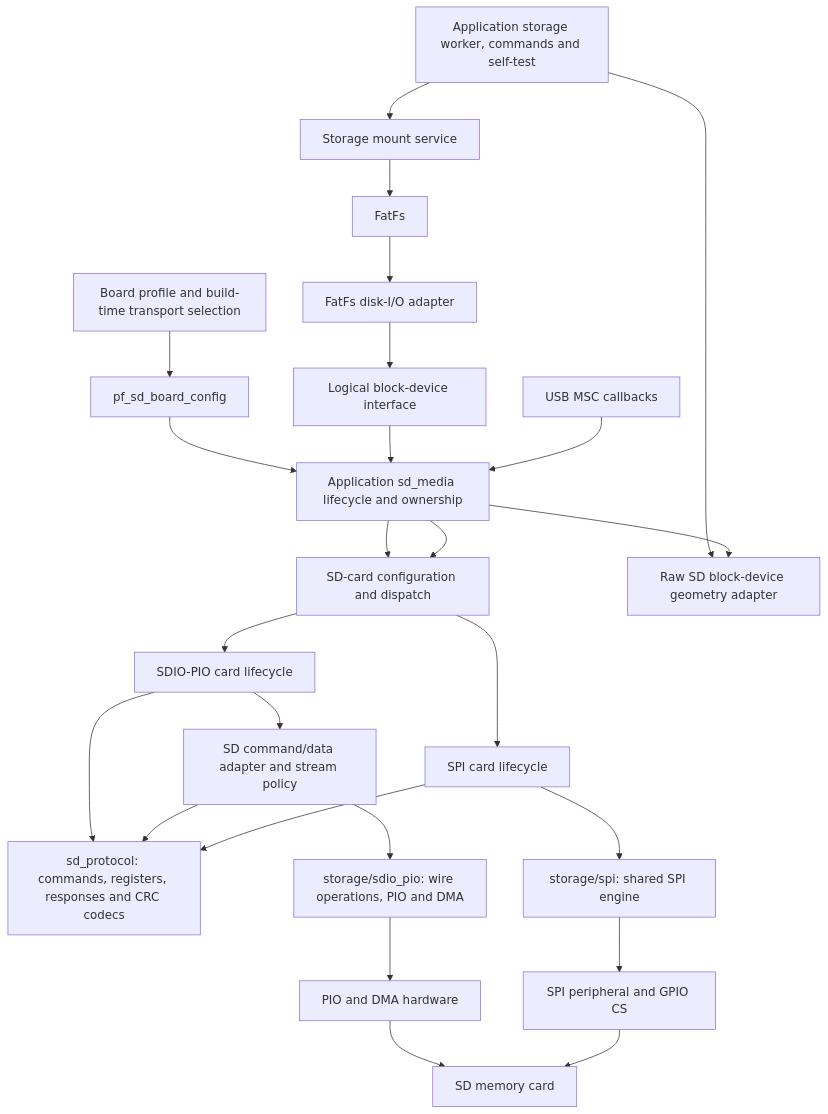
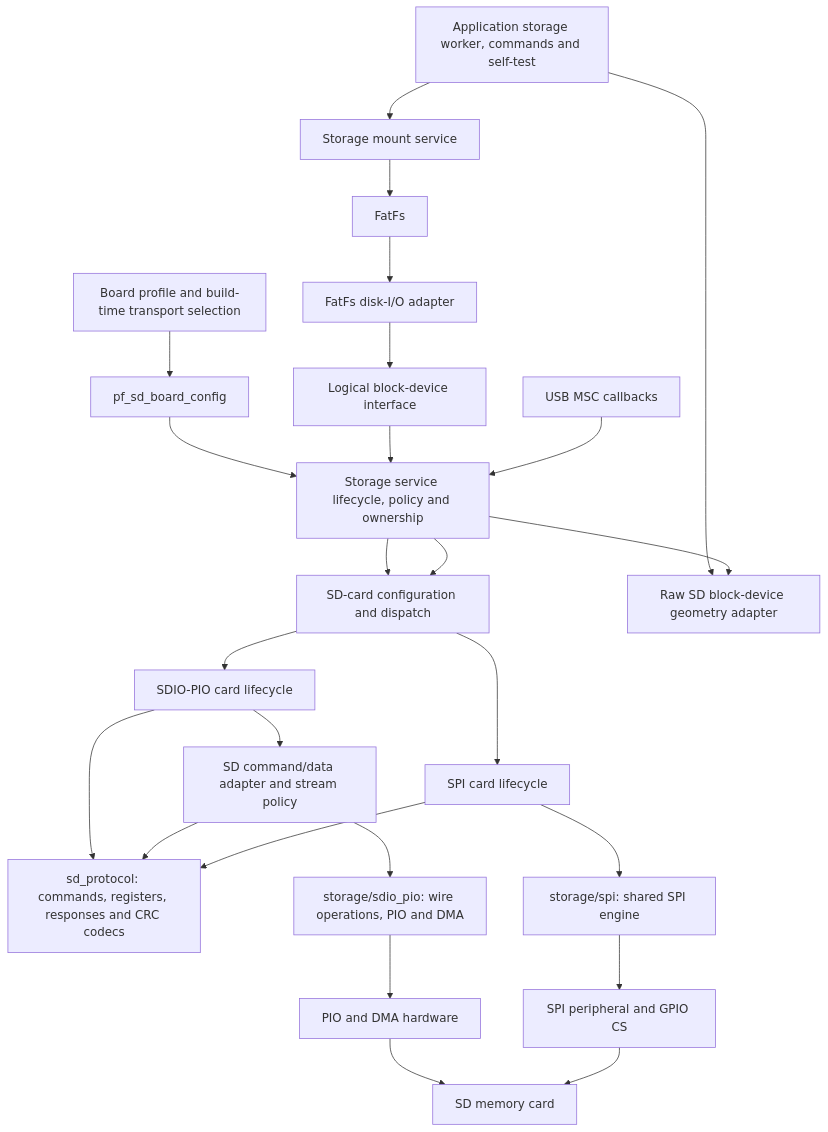
The first of 5 diagrams in docs/design/sdcard/sdcard-driver-design.md (djwinter29-oss/PicoForge), drawn with Mermaid before and after one commit. The commit also changed other lines of this file and 60 other files, not shown here.

````diff
--- a/docs/design/sdcard/sdcard-driver-design.md
+++ b/docs/design/sdcard/sdcard-driver-design.md
@@ -89,27 +89,27 @@
 ```mermaid
 flowchart TD
     Board[Board profile and build-time transport selection] --> Config[pf_sd_board_config]
-    Config --> Gate[Application sd_media lifecycle and ownership]
+    Config --> Gate[Storage service lifecycle, policy and ownership]
     Gate --> Card[SD-card configuration and dispatch]
     App[Application storage worker, commands and self-test] --> Storage[Storage mount service]
     App --> SDAdapter
     Storage --> FatFs[FatFs]
     FatFs --> Disk[FatFs disk-I/O adapter]
     Disk --> Block[Logical block-device interface]
     Block --> Gate
     Gate --> SDAdapter[Raw SD block-device geometry adapter]
     MSC[USB MSC callbacks] --> Gate
     Gate --> Card
     Card --> Native[SDIO-PIO card lifecycle]
     Card --> SPI[SPI card lifecycle]
     Native --> Host[SD command/data adapter and stream policy]
     Native --> Shared[sd_protocol: commands, registers, responses and CRC codecs]
     Host --> Shared
     SPI --> Shared
     Host --> NativeBus[storage/sdio_pio: wire operations, PIO and DMA]
     NativeBus --> PIO[PIO and DMA hardware]
     SPI --> SerialBus[storage/spi: shared SPI engine]
     SerialBus --> Peripheral[SPI peripheral and GPIO CS]
     PIO --> Media[SD memory card]
     Peripheral --> Media
 ```
````
